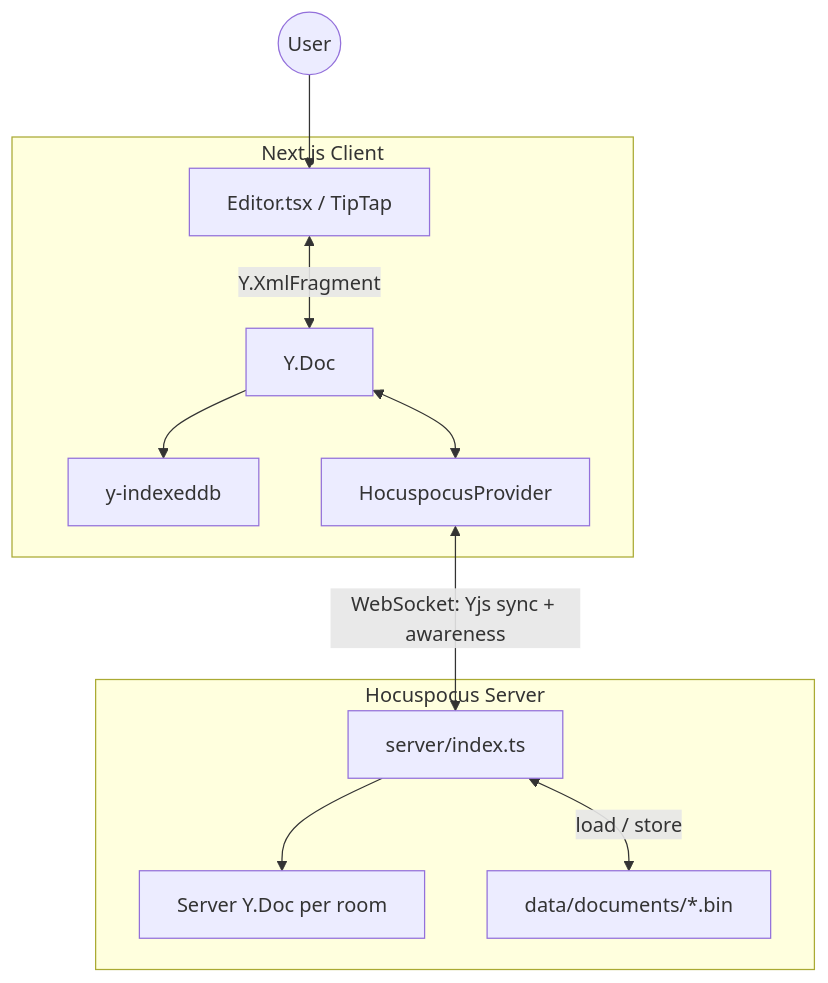
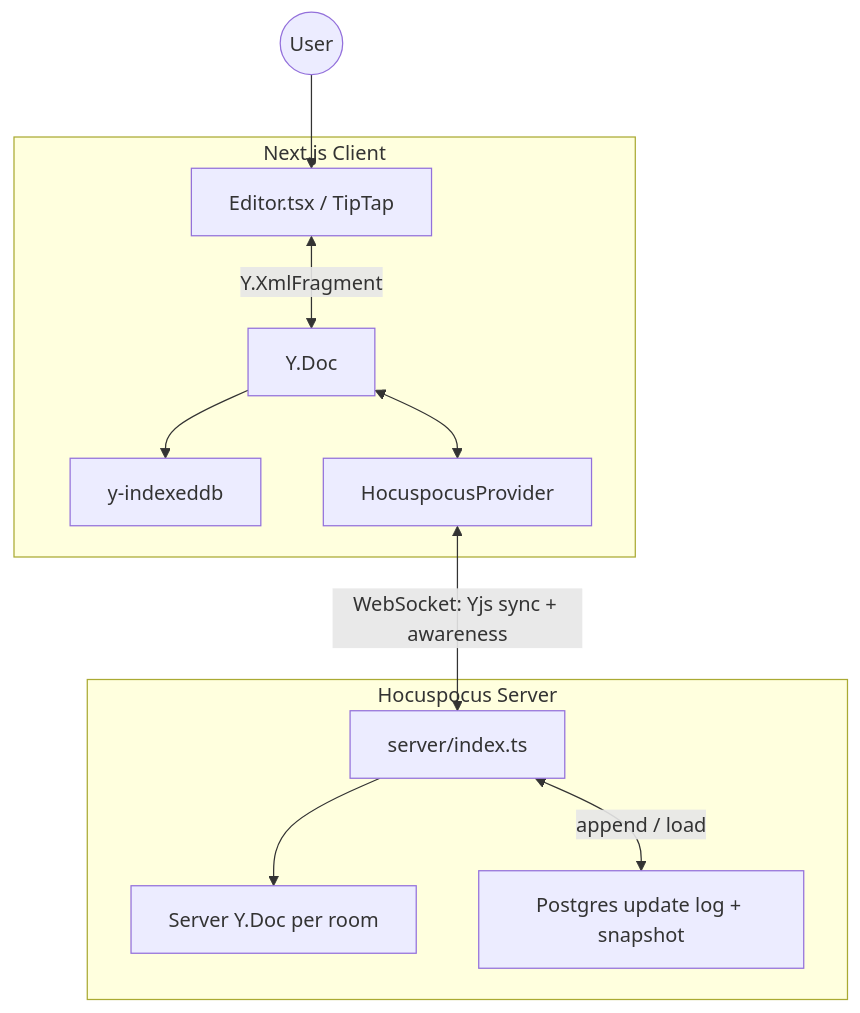
Before and after one commit to ploymahloy/live-doc: the diagram in README.md, drawn with Mermaid. The commit also changed other lines of this file and 18 other files, not shown here.

First line of the commit message:
feat(store): persist Yjs updates in Postgres

````diff
--- a/README.md
+++ b/README.md
@@ -26,23 +26,23 @@
 ```mermaid
 flowchart TB
     subgraph client [Next.js Client]
         Editor[Editor.tsx / TipTap]
         YDoc[Y.Doc]
         IDB[y-indexeddb]
         Provider[HocuspocusProvider]
         Editor <-->|"Y.XmlFragment"| YDoc
         YDoc --> IDB
         YDoc <--> Provider
     end
 
     subgraph server [Hocuspocus Server]
         HS[server/index.ts]
         ServerDoc[Server Y.Doc per room]
-        Disk["data/documents/*.bin"]
+        Store["Postgres update log + snapshot"]
         HS --> ServerDoc
-        HS <-->|"load / store"| Disk
+        HS <-->|"append / load"| Store
     end
 
     Provider <-->|"WebSocket: Yjs sync + awareness"| HS
     User((User)) --> Editor
 ```
````
